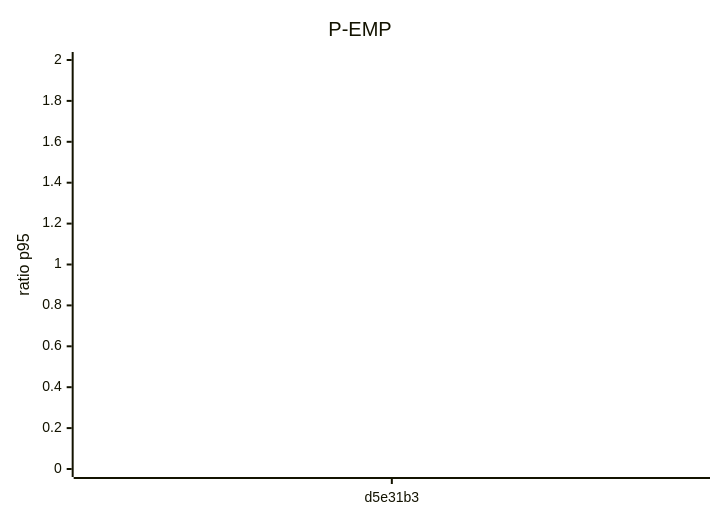
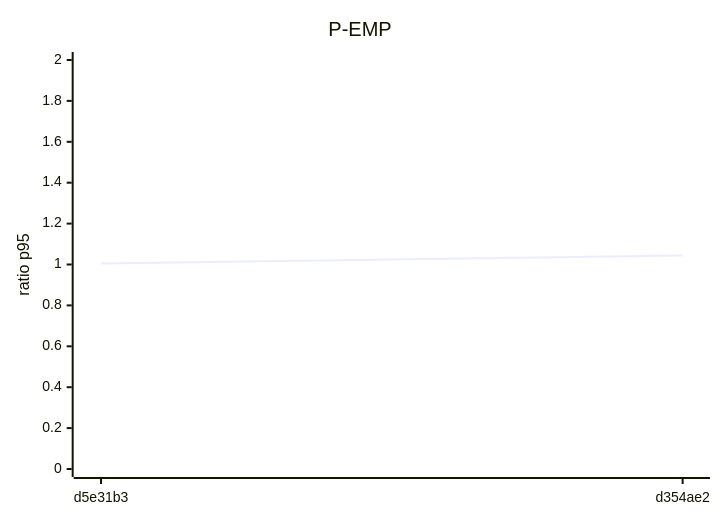
Before and after one commit to mtromane/expense-io: the first of 8 diagrams in docs/perf/trend.md, drawn with Mermaid. The commit also changed other lines of this file and 1 other file, not shown here.

````diff
--- a/docs/perf/trend.md
+++ b/docs/perf/trend.md
@@ -16,7 +16,7 @@
 ```mermaid
 xychart-beta
   title "P-EMP"
-  x-axis ["d5e31b3"]
+  x-axis ["d5e31b3", "d354ae2"]
   y-axis "ratio p95" 0 --> 2
-  line [1.005]
+  line [1.005, 1.044]
 ```
````
